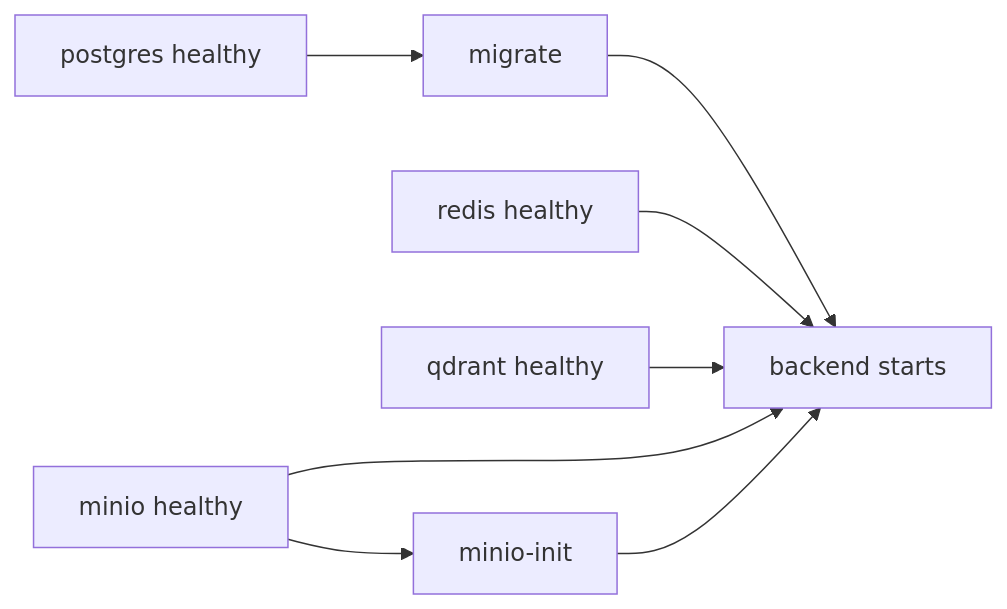
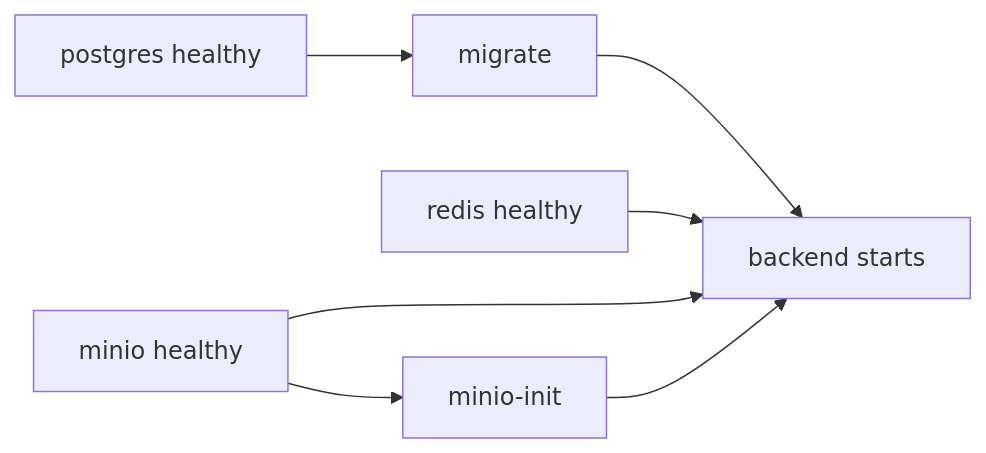
One commit to Jrahimin/rag-builder changed the diagram in docs/learning/docker-local-development.md. Above: the diagram before and after it, drawn with Mermaid. The commit also changed other lines of this file and 87 other files, not shown here.

````diff
--- a/docs/learning/docker-local-development.md
+++ b/docs/learning/docker-local-development.md
@@ -72,16 +70,14 @@
 ```mermaid
 flowchart LR
     PG[postgres healthy]
     RD[redis healthy]
-    QD[qdrant healthy]
     MN[minio healthy]
     MG[migrate]
     BE[backend starts]
     MI[minio-init]
 
     PG --> MG --> BE
     RD --> BE
-    QD --> BE
     MN --> BE
     MN --> MI --> BE
 ```
````
